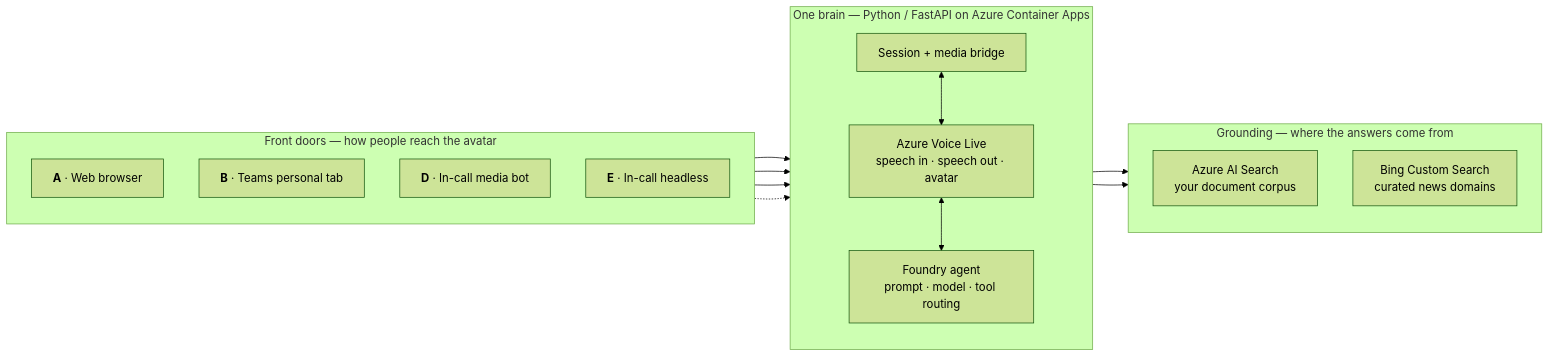
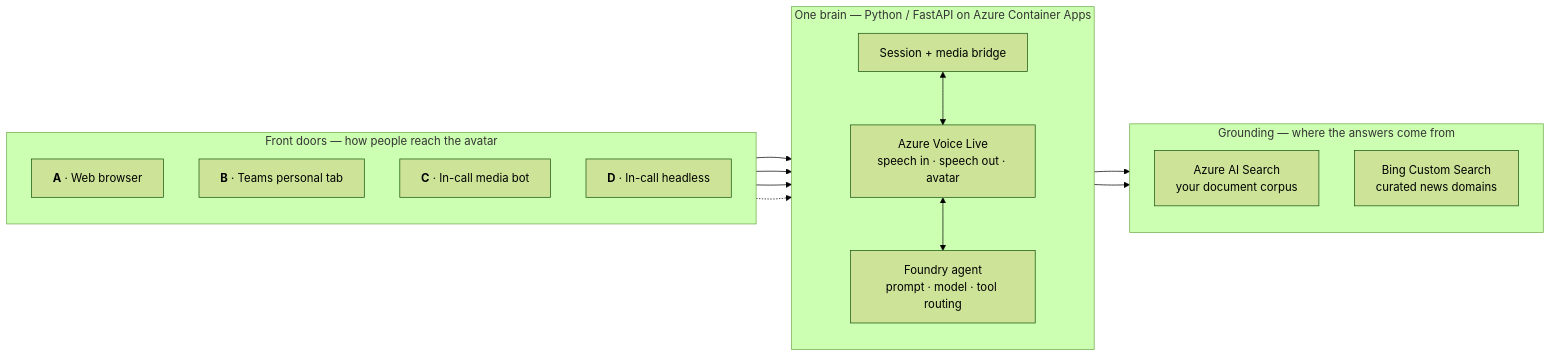
The diagram in README.md (SridharArrabelly/avatar-forge), drawn with Mermaid (forest theme) before and after one commit. The commit also changed other lines of this file and 34 other files, not shown here.

````diff
--- a/README.md
+++ b/README.md
@@ -15,32 +15,32 @@
 ```mermaid
 flowchart LR
     subgraph Doors["Front doors — how people reach the avatar"]
         direction TB
         A["<b>A</b> · Web browser"]
         B["<b>B</b> · Teams personal tab"]
-        D["<b>D</b> · In-call media bot"]
-        E["<b>E</b> · In-call headless"]
+        C["<b>C</b> · In-call media bot"]
+        D["<b>D</b> · In-call headless"]
     end
 
     subgraph Brain["One brain — Python / FastAPI on Azure Container Apps"]
         direction TB
         API["Session + media bridge"]
         VL["Azure Voice Live<br/>speech in · speech out · avatar"]
         AG["Foundry agent<br/>prompt · model · tool routing"]
         API <--> VL
         VL <--> AG
     end
 
     subgraph Ground["Grounding — where the answers come from"]
         direction TB
         S["Azure AI Search<br/>your document corpus"]
         N["Bing Custom Search<br/>curated news domains"]
     end
 
     A --> API
     B --> API
-    D --> API
-    E -.-> API
+    C --> API
+    D -.-> API
     AG --> S
     AG --> N
 ```
````
